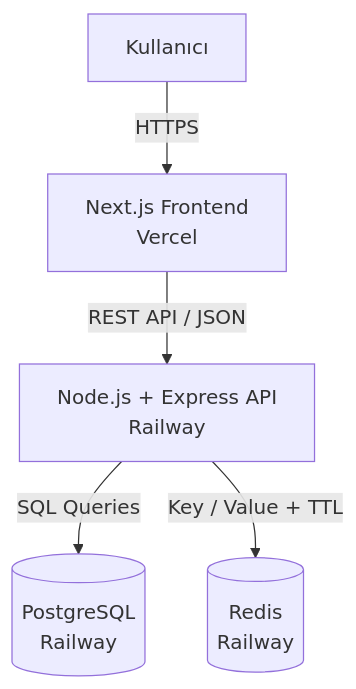
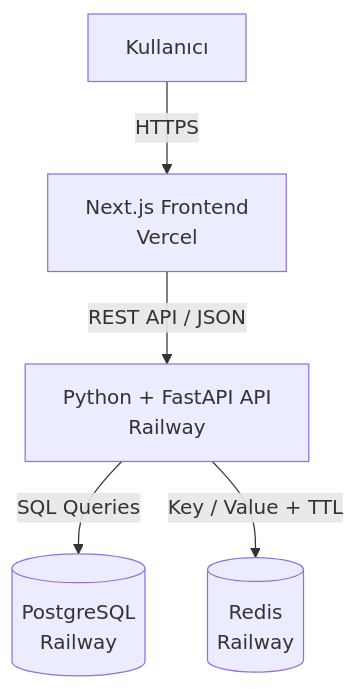
One commit to Elif-Eroglu/focustrack changed the first of 11 diagrams in docs/ARCHITECTURE.md. Above: the diagram before and after it, drawn with Mermaid. The commit also changed other lines of this file and 3889 other files, not shown here.

Commit message:
Backend'i Python (FastAPI) ile yeniden yaz

````diff
--- a/docs/ARCHITECTURE.md
+++ b/docs/ARCHITECTURE.md
@@ -13,16 +13,16 @@
 ```mermaid
 flowchart TD
     U[Kullanıcı]
 
     F[Next.js Frontend<br/>Vercel]
 
-    B[Node.js + Express API<br/>Railway]
+    B[Python + FastAPI API<br/>Railway]
 
     P[(PostgreSQL<br/>Railway)]
     R[(Redis<br/>Railway)]
 
     U -->|HTTPS| F
     F -->|REST API / JSON| B
     B -->|SQL Queries| P
     B -->|Key / Value + TTL| R
 ```
````
